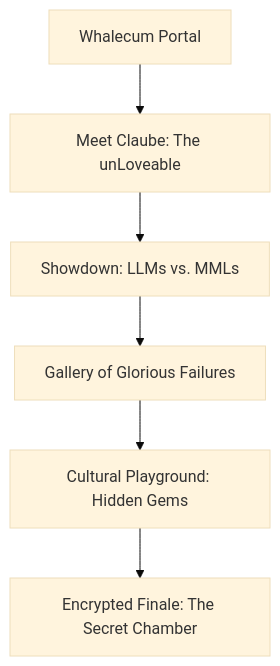
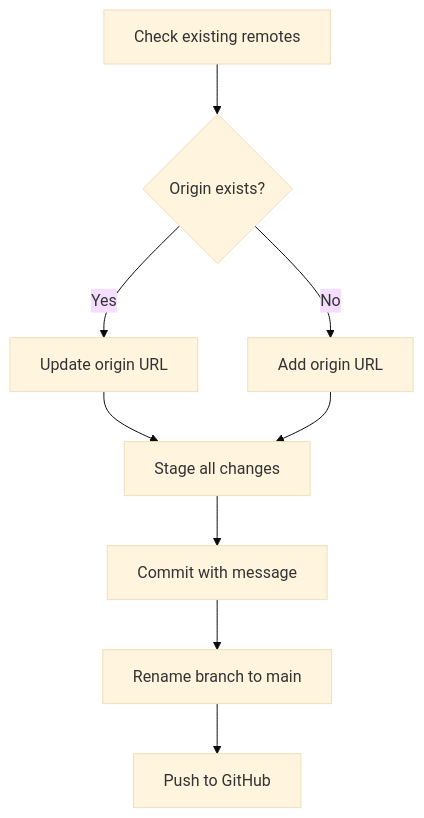
One commit to aegntic/prompt-fail changed the diagram in PLANNING.md. Above: the diagram before and after it, drawn with Mermaid (base theme). The commit also changed other lines of this file and 34 other files, not shown here.

````diff
--- a/PLANNING.md
+++ b/PLANNING.md
@@ -10,8 +55,11 @@
 ```mermaid
 flowchart TD
-    A[Whalecum Portal] --> B[Meet Claube: The unLoveable]
-    B --> C[Showdown: LLMs vs. MMLs]
-    C --> D[Gallery of Glorious Failures]
-    D --> E[Cultural Playground: Hidden Gems]
-    E --> F[Encrypted Finale: The Secret Chamber]
+    A[Check existing remotes] --> B{Origin exists?}
+    B -- Yes --> C[Update origin URL]
+    B -- No --> D[Add origin URL]
+    C --> E[Stage all changes]
+    D --> E
+    E --> F[Commit with message]
+    F --> G[Rename branch to main]
+    G --> H[Push to GitHub]
 ```
````
